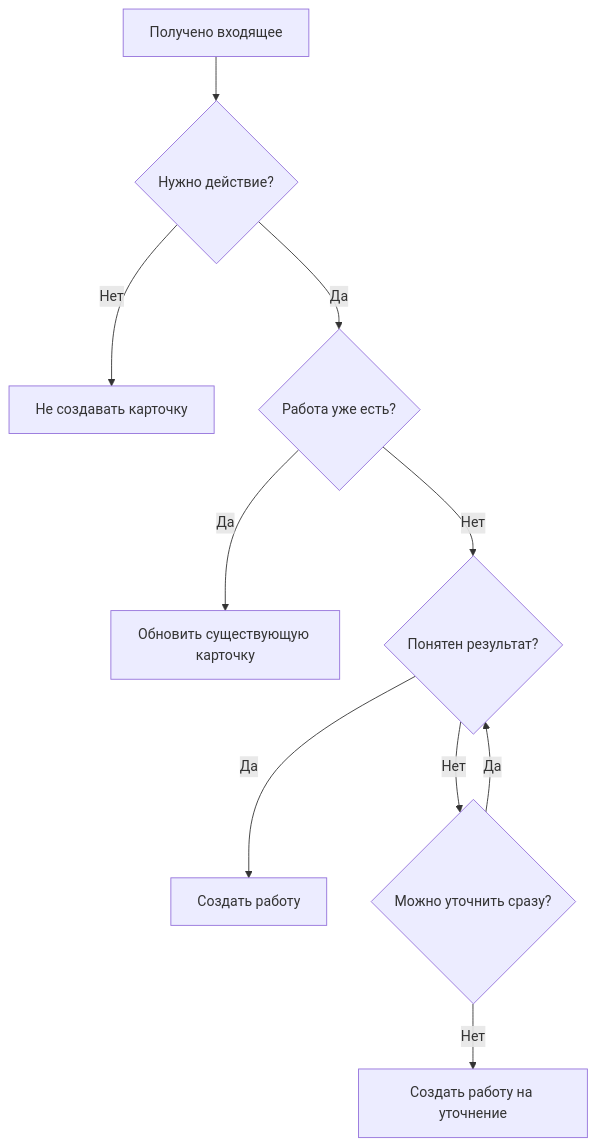
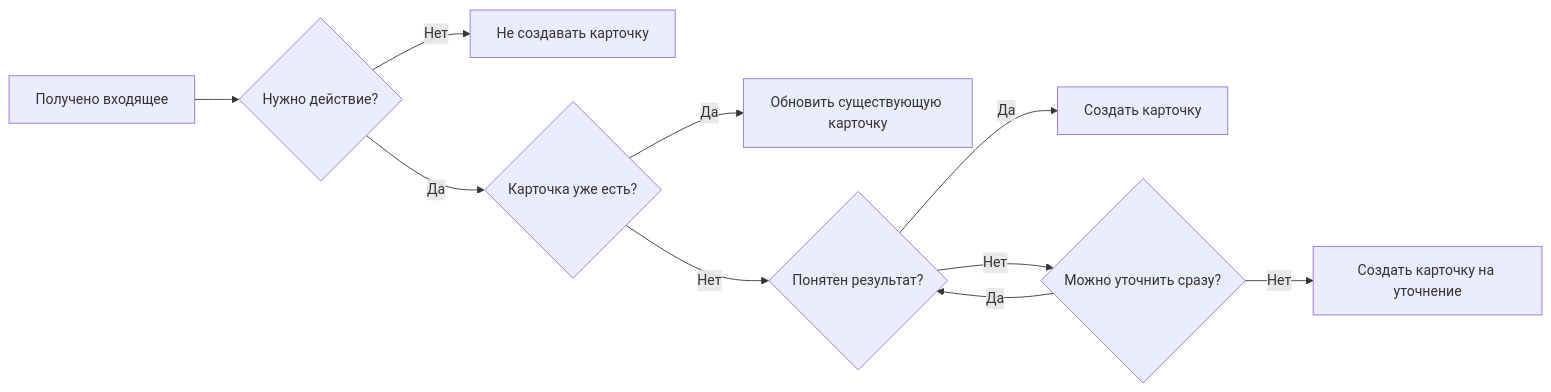
Before and after one commit to lazuale/department: the first of 2 diagrams in docs/02-scripts.md, drawn with Mermaid. The commit also changed other lines of this file and 8 other files, not shown here.

````diff
--- a/docs/02-scripts.md
+++ b/docs/02-scripts.md
@@ -11,12 +21,12 @@
 ```mermaid
-flowchart TD
+flowchart LR
     A[Получено входящее] --> B{Нужно действие?}
     B -- Нет --> C[Не создавать карточку]
-    B -- Да --> D{Работа уже есть?}
+    B -- Да --> D{Карточка уже есть?}
     D -- Да --> E[Обновить существующую карточку]
     D -- Нет --> F{Понятен результат?}
-    F -- Да --> G[Создать работу]
+    F -- Да --> G[Создать карточку]
     F -- Нет --> H{Можно уточнить сразу?}
     H -- Да --> F
-    H -- Нет --> I[Создать работу на уточнение]
+    H -- Нет --> I[Создать карточку на уточнение]
 ```
````
